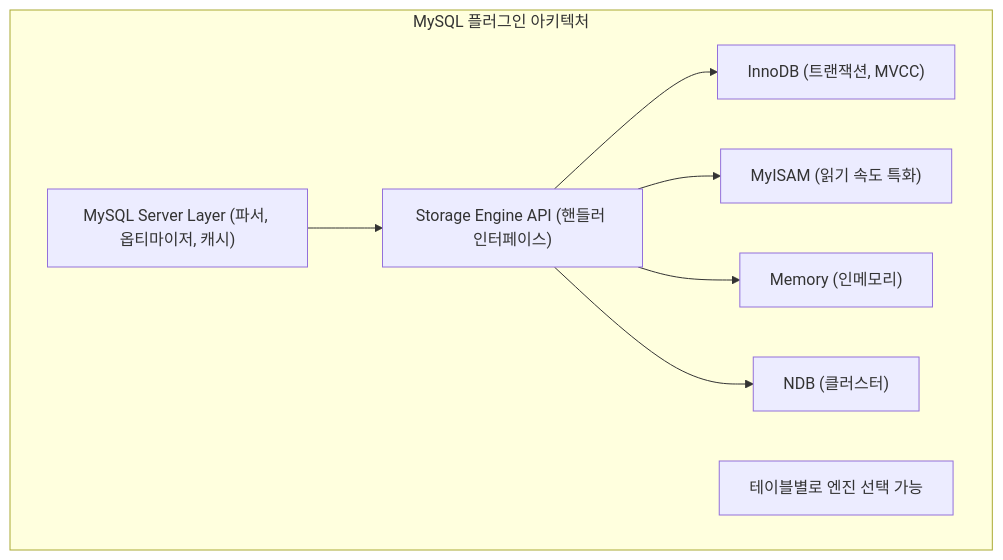
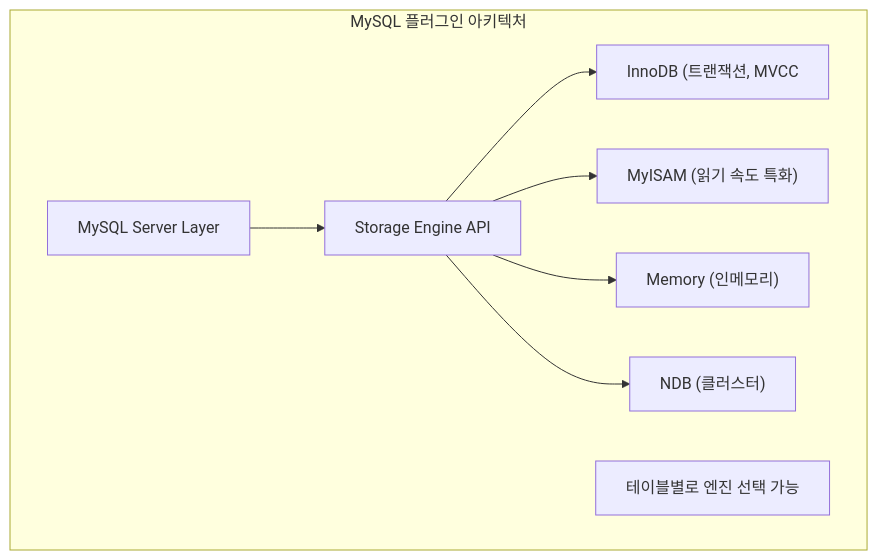
One commit to yjkim2015/yjkim2015.github.io changed diagram 14 of 15 in _posts/db/2026-05-01-db-comparison.md. Above: the diagram before and after it, drawn with Mermaid. The commit also changed other lines of this file and 271 other files, not shown here.

First line of the commit message:
Mermaid 라벨 축소: 긴 노드 텍스트 18자 이하로 트림 + \n 제거

````diff
--- a/_posts/db/2026-05-01-db-comparison.md
+++ b/_posts/db/2026-05-01-db-comparison.md
@@ -507,13 +507,13 @@
 ```mermaid
 graph TD
     subgraph "MySQL 플러그인 아키텍처"
-        SL["MySQL Server Layer (파서, 옵티마이저, 캐시)"]
-        API["Storage Engine API (핸들러 인터페이스)"]
+        SL["MySQL Server Layer"]
+        API["Storage Engine API"]
         SL --> API
-        API --> E1["InnoDB (트랜잭션, MVCC)"]
+        API --> E1["InnoDB (트랜잭션, MVCC"]
         API --> E2["MyISAM (읽기 속도 특화)"]
         API --> E3["Memory (인메모리)"]
         API --> E4["NDB (클러스터)"]
         note["테이블별로 엔진 선택 가능"]
     end
 ```
````
